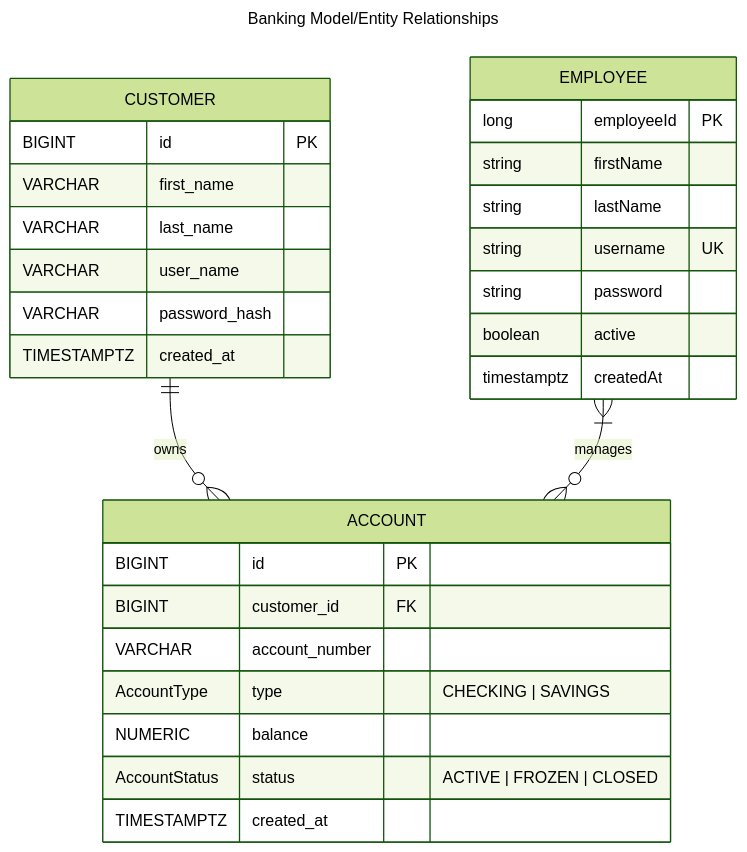
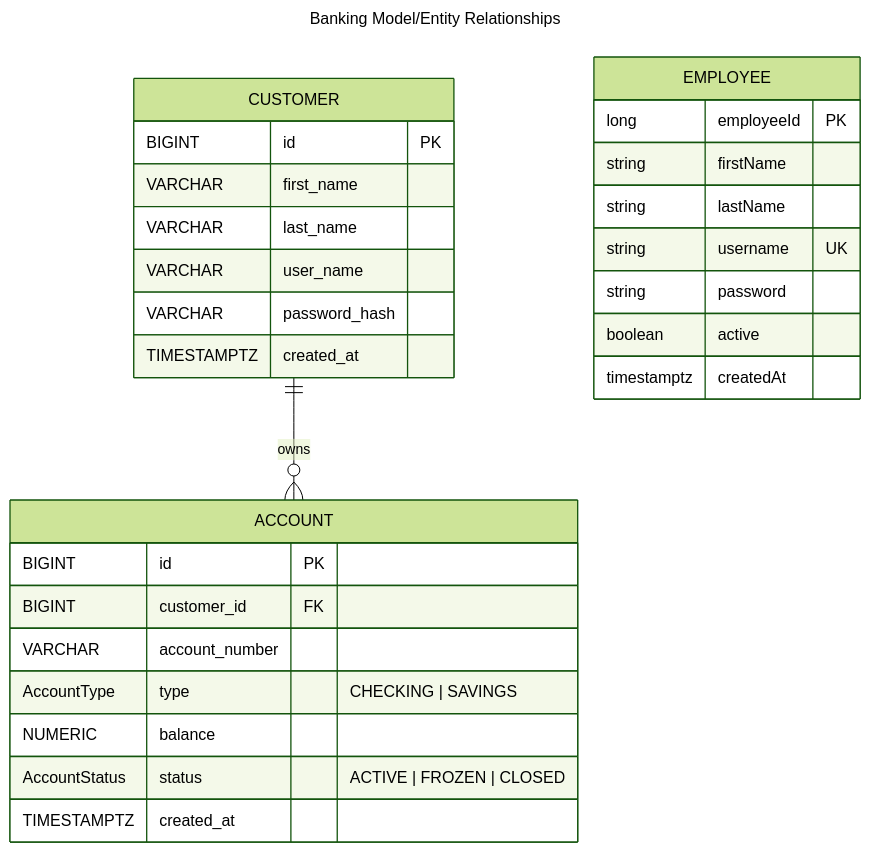
The diagram in ERD.md (schectma/P1BankingApp), drawn with Mermaid (forest theme) before and after one commit.

Commit message:
employee:account relationship removed

````diff
--- a/ERD.md
+++ b/ERD.md
@@ -1,34 +1,34 @@
 ```mermaid
 ---
 title: Banking Model/Entity Relationships
 ---
 erDiagram
     CUSTOMER ||--o{ ACCOUNT : owns
-    EMPLOYEE }|--o{ ACCOUNT : manages
+
     CUSTOMER{
         BIGINT id PK
         VARCHAR first_name
         VARCHAR last_name
         VARCHAR user_name
         VARCHAR password_hash 
         TIMESTAMPTZ created_at
     }
     ACCOUNT{
         BIGINT id PK
         BIGINT customer_id FK
         VARCHAR account_number
         AccountType type "CHECKING | SAVINGS"
         NUMERIC balance
         AccountStatus status "ACTIVE | FROZEN | CLOSED"
         TIMESTAMPTZ created_at
     }
     EMPLOYEE{
         long employeeId PK
         string firstName
         string lastName
         string username UK
         string password
         boolean active
         timestamptz createdAt
     }
 ```
````
